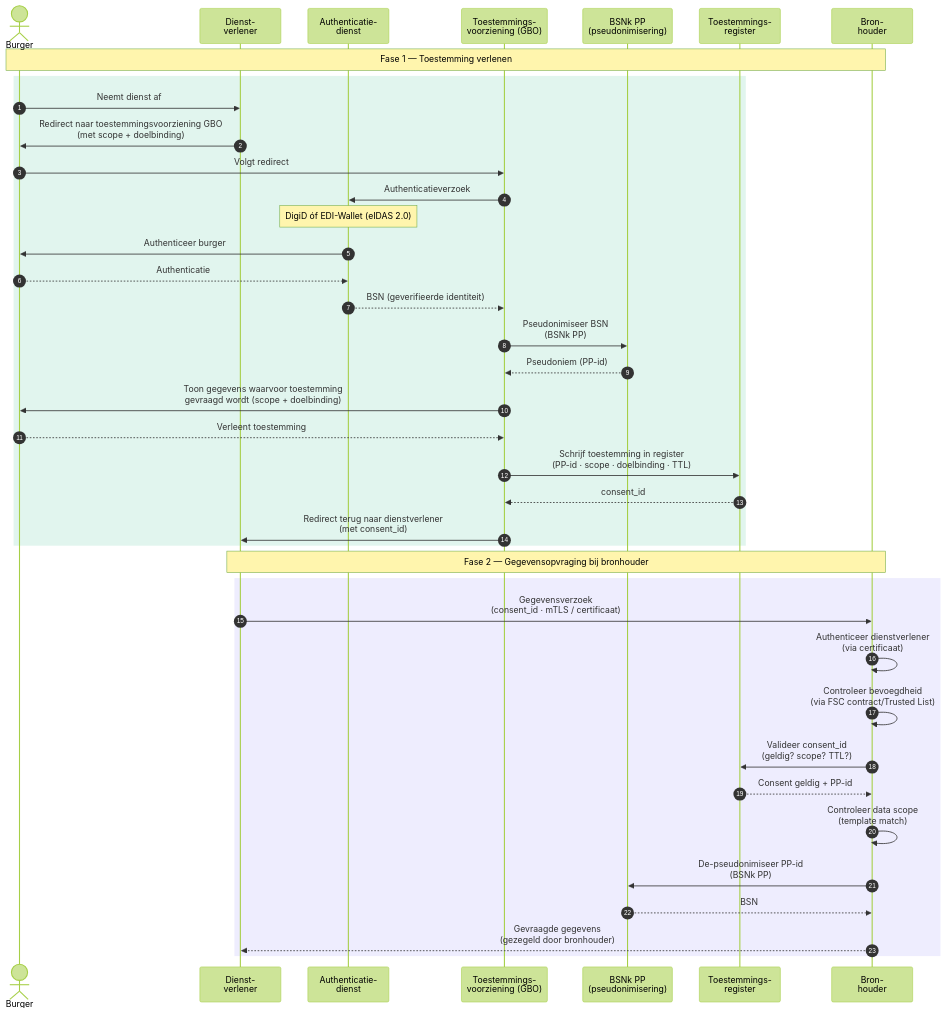
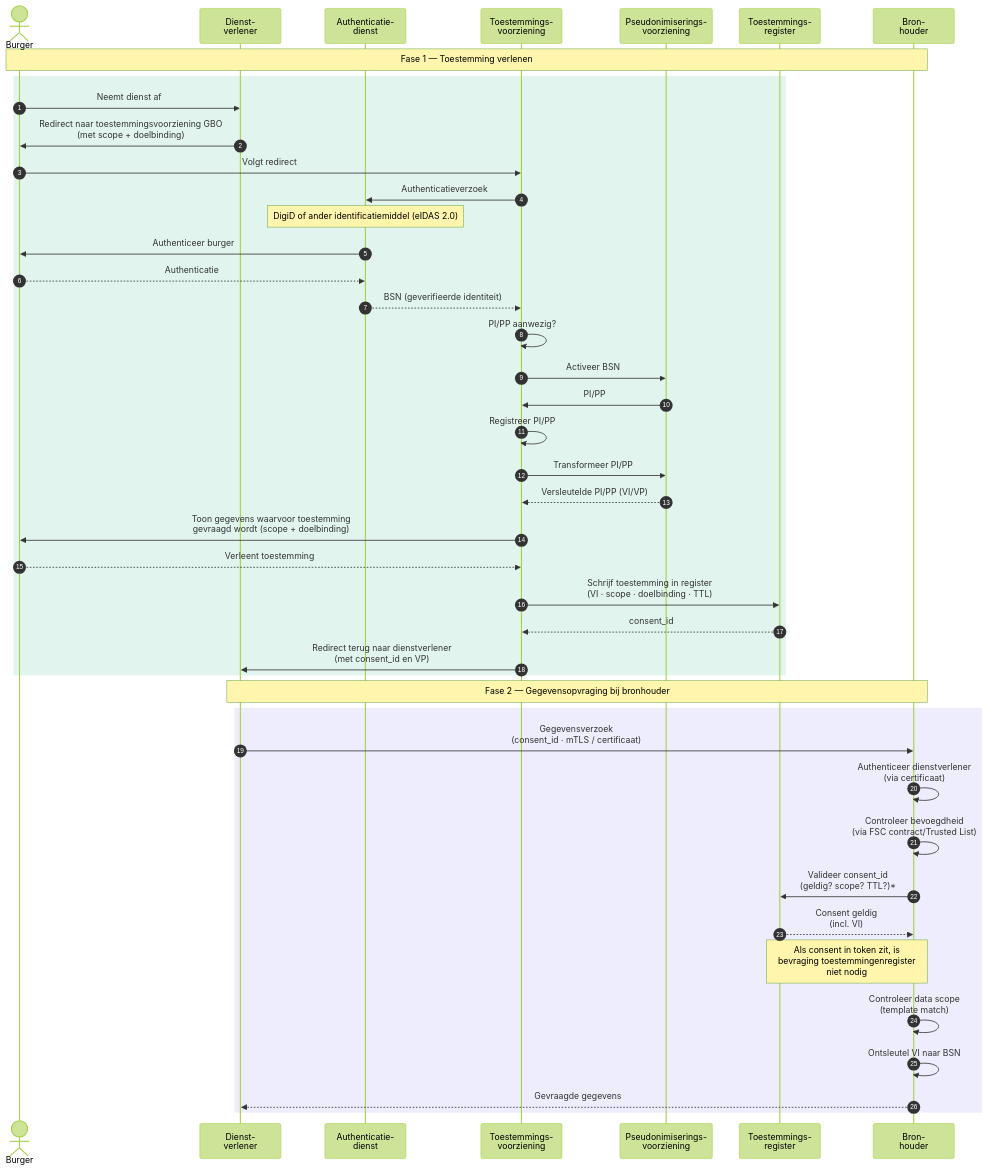
The diagram in pr-preview/pr-2/diagrammen/interactiepatroon-PP-haalt-gegevens-op.mmd (ICTU/GBO-GO), drawn with Mermaid (forest theme) before and after one commit. The commit also changed 49 other files, not shown here.

````diff
--- a/pr-preview/pr-2/diagrammen/interactiepatroon-PP-haalt-gegevens-op.mmd
+++ b/pr-preview/pr-2/diagrammen/interactiepatroon-PP-haalt-gegevens-op.mmd
@@ -1,47 +1,47 @@
-``` mermaid
-
 sequenceDiagram
     autonumber
     actor Burger
     participant DV as Dienst-<br/>verlener
     participant Auth as Authenticatie-<br/>dienst
-    participant TV as Toestemmings-<br/>voorziening (GBO)
-    participant PP as BSNk PP<br/>(pseudonimisering)
+    participant TV as Toestemmings-<br/>voorziening
+    participant PP as Pseudonimiserings-<br/>voorziening
     participant TR as Toestemmings-<br/>register
     participant BRH as Bron-<br/>houder
 
     Note over Burger,BRH: Fase 1 — Toestemming verlenen
 
     rect rgb(225, 245, 238)
         Burger->>DV: Neemt dienst af
         DV->>Burger: Redirect naar toestemmingsvoorziening GBO<br/>(met scope + doelbinding)
         Burger->>TV: Volgt redirect
         TV->>Auth: Authenticatieverzoek
-        Note over Auth: DigiD óf EDI-Wallet (eIDAS 2.0)
+        Note over Auth: DigiD of ander identificatiemiddel (eIDAS 2.0)
         Auth->>Burger: Authenticeer burger
         Burger-->>Auth: Authenticatie
         Auth-->>TV: BSN (geverifieerde identiteit)
-        TV->>PP: Pseudonimiseer BSN<br/>(BSNk PP)
-        PP-->>TV: Pseudoniem (PP-id)
+        TV->>TV: PI/PP aanwezig?
+        TV->>PP: Activeer BSN
+        PP->>TV: PI/PP
+        TV->>TV: Registreer PI/PP
+        TV->>PP: Transformeer PI/PP
+        PP-->>TV: Versleutelde PI/PP (VI/VP)
         TV->>Burger: Toon gegevens waarvoor toestemming<br/>gevraagd wordt (scope + doelbinding)
         Burger-->>TV: Verleent toestemming
-        TV->>TR: Schrijf toestemming in register<br/>(PP-id · scope · doelbinding · TTL)
+        TV->>TR: Schrijf toestemming in register<br/>(VI · scope · doelbinding · TTL)
         TR-->>TV: consent_id
-        TV->>DV: Redirect terug naar dienstverlener<br/>(met consent_id)
+        TV->>DV: Redirect terug naar dienstverlener<br/>(met consent_id en VP)
     end
 
     Note over DV,BRH: Fase 2 — Gegevensopvraging bij bronhouder
 
     rect rgb(238, 237, 254)
         DV->>BRH: Gegevensverzoek<br/>(consent_id · mTLS / certificaat)
         BRH->>BRH: Authenticeer dienstverlener<br />(via certificaat)
         BRH->>BRH: Controleer bevoegdheid<br />(via FSC contract/Trusted List)
-        BRH->>TR: Valideer consent_id<br/>(geldig? scope? TTL?)
-        TR-->>BRH: Consent geldig + PP-id
+        BRH->>TR: Valideer consent_id<br/>(geldig? scope? TTL?)*
+        TR-->>BRH: Consent geldig<br />(incl. VI)
+        Note over TR, BRH: Als consent in token zit, is<br/>bevraging toestemmingenregister<br />niet nodig
         BRH->>BRH: Controleer data scope<br />(template match)
-        BRH->>PP: De-pseudonimiseer PP-id<br/>(BSNk PP)
-        PP-->>BRH: BSN
-        BRH-->>DV: Gevraagde gegevens<br/>(gezegeld door bronhouder)
+        BRH->>BRH: Ontsleutel VI naar BSN
+        BRH-->>DV: Gevraagde gegevens
     end
-
-```
````
